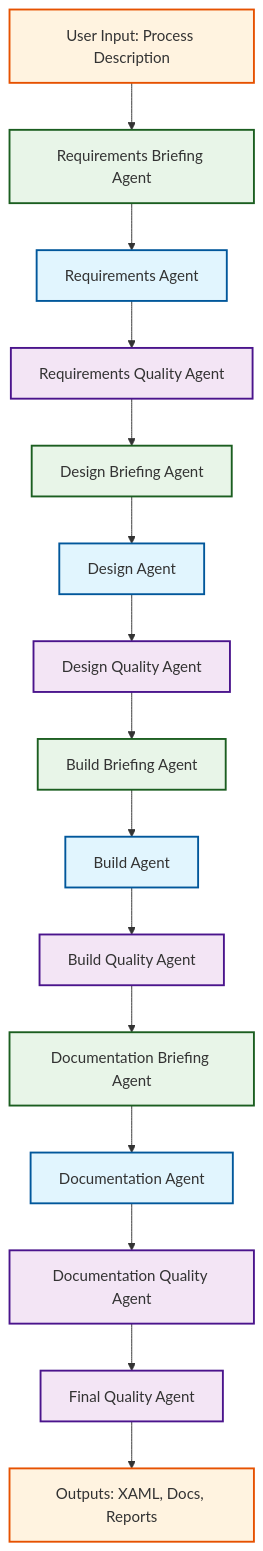
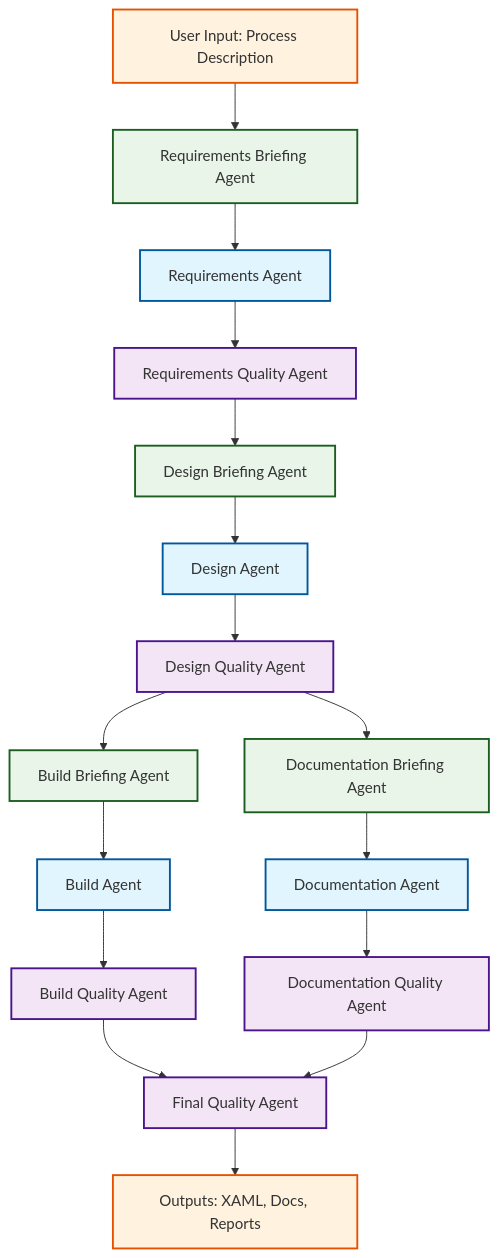
Before and after one commit to dag2932/uipath-multi-agent-system-public: the first of 2 diagrams in ARCHITECTURE.md, drawn with Mermaid. The commit also changed other lines of this file, not shown here.

Commit message:
Reflect asynchronous build/documentation paths and human gates in architecture docs

````diff
--- a/ARCHITECTURE.md
+++ b/ARCHITECTURE.md
@@ -9,28 +9,34 @@
 ```mermaid
 graph TD
     A[User Input: Process Description] --> B[Requirements Briefing Agent]
     B --> C[Requirements Agent]
     C --> D[Requirements Quality Agent]
     D --> E[Design Briefing Agent]
     E --> F[Design Agent]
     F --> G[Design Quality Agent]
+
+    %% Parallel path after design quality
     G --> H[Build Briefing Agent]
+    G --> K[Documentation Briefing Agent]
+
     H --> I[Build Agent]
     I --> J[Build Quality Agent]
-    J --> K[Documentation Briefing Agent]
+    J --> N[Final Quality Agent]
+
     K --> L[Documentation Agent]
     L --> M[Documentation Quality Agent]
     M --> N[Final Quality Agent]
+
     N --> O[Outputs: XAML, Docs, Reports]
 
     %% Styling
     classDef agentClass fill:#e1f5fe,stroke:#01579b,stroke-width:2px
     classDef qualityClass fill:#f3e5f5,stroke:#4a148c,stroke-width:2px
     classDef briefingClass fill:#e8f5e8,stroke:#1b5e20,stroke-width:2px
     classDef ioClass fill:#fff3e0,stroke:#e65100,stroke-width:2px
 
     class A,O ioClass
     class B,E,H,K briefingClass
     class C,F,I,L agentClass
     class D,G,J,M,N qualityClass
 ```
````
